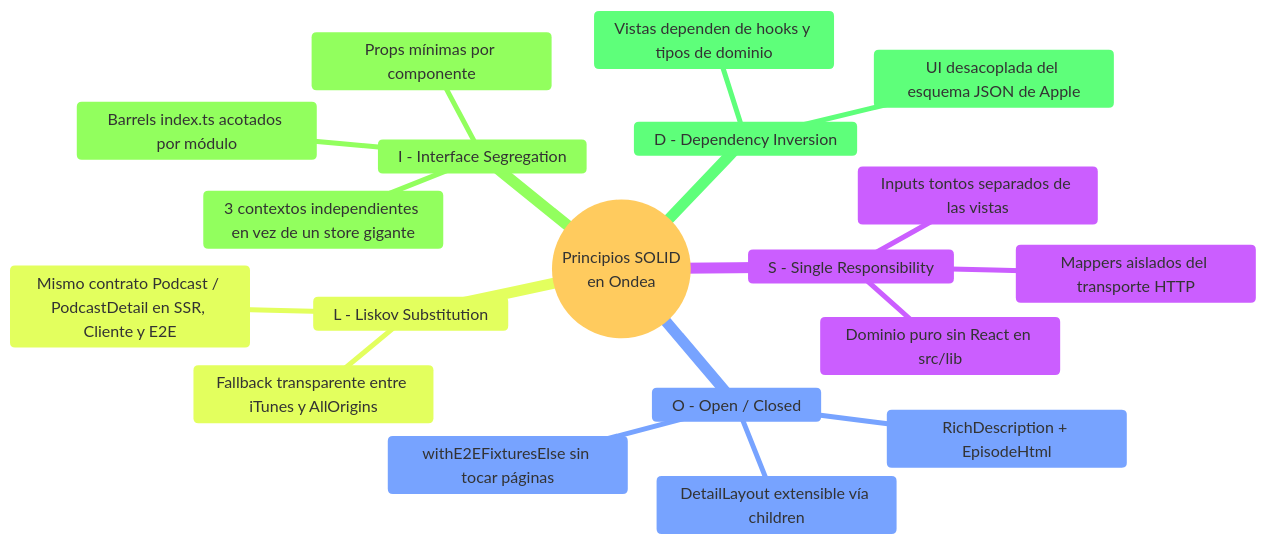
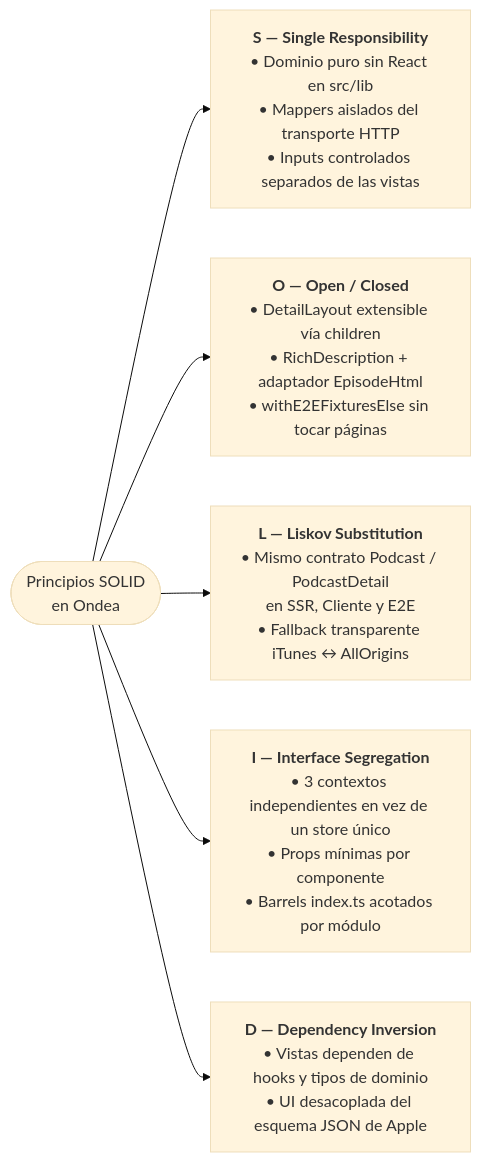
The second of 7 diagrams in README.md (crhistian2296/Ondea), drawn with Mermaid (base theme) before and after one commit. The commit also changed other lines of this file and 1 other file, not shown here.

````diff
--- a/README.md
+++ b/README.md
@@ -170,22 +179,10 @@
 ```mermaid
-mindmap
-  root((Principios SOLID<br/>en Ondea))
-    S - Single Responsibility
-      Dominio puro sin React en src/lib
-      Mappers aislados del transporte HTTP
-      Inputs tontos separados de las vistas
-    O - Open / Closed
-      DetailLayout extensible vía children
-      RichDescription + EpisodeHtml
-      withE2EFixturesElse sin tocar páginas
-    L - Liskov Substitution
-      Mismo contrato Podcast / PodcastDetail en SSR, Cliente y E2E
-      Fallback transparente entre iTunes y AllOrigins
-    I - Interface Segregation
-      3 contextos independientes en vez de un store gigante
-      Props mínimas por componente
-      Barrels index.ts acotados por módulo
-    D - Dependency Inversion
-      Vistas dependen de hooks y tipos de dominio
-      UI desacoplada del esquema JSON de Apple
+flowchart LR
+    SOLID(["Principios SOLID<br/>en Ondea"])
+
+    SOLID --> S["<b>S — Single Responsibility</b><br/>• Dominio puro sin React en src/lib<br/>• Mappers aislados del transporte HTTP<br/>• Inputs controlados separados de las vistas"]
+    SOLID --> O["<b>O — Open / Closed</b><br/>• DetailLayout extensible vía children<br/>• RichDescription + adaptador EpisodeHtml<br/>• withE2EFixturesElse sin tocar páginas"]
+    SOLID --> L["<b>L — Liskov Substitution</b><br/>• Mismo contrato Podcast / PodcastDetail<br/>en SSR, Cliente y E2E<br/>• Fallback transparente iTunes ↔ AllOrigins"]
+    SOLID --> I["<b>I — Interface Segregation</b><br/>• 3 contextos independientes en vez de un store único<br/>• Props mínimas por componente<br/>• Barrels index.ts acotados por módulo"]
+    SOLID --> D["<b>D — Dependency Inversion</b><br/>• Vistas dependen de hooks y tipos de dominio<br/>• UI desacoplada del esquema JSON de Apple"]
 ```
````
